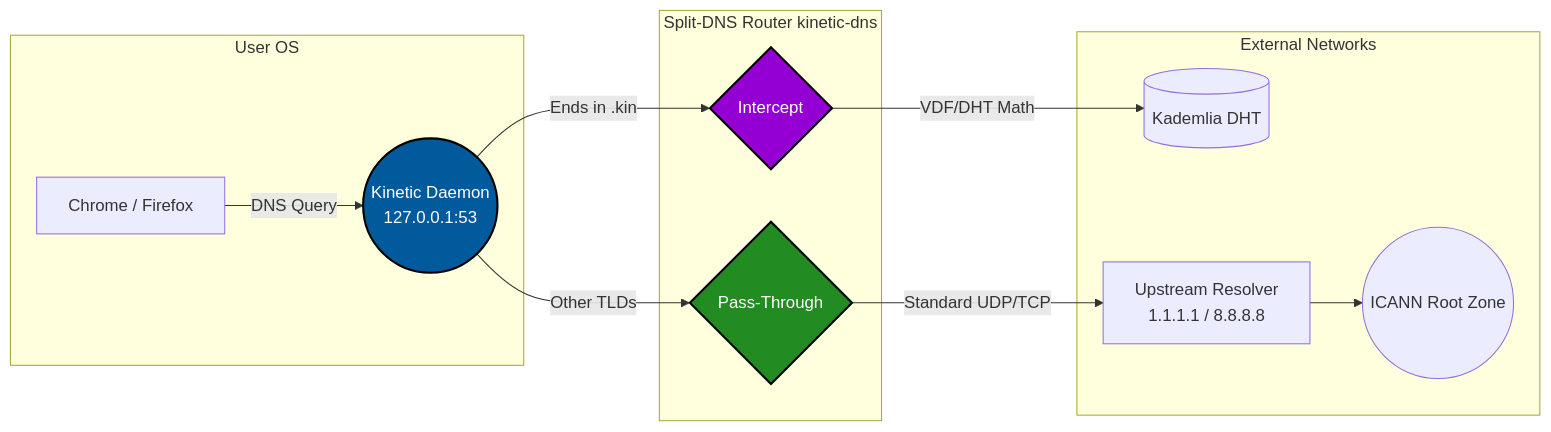
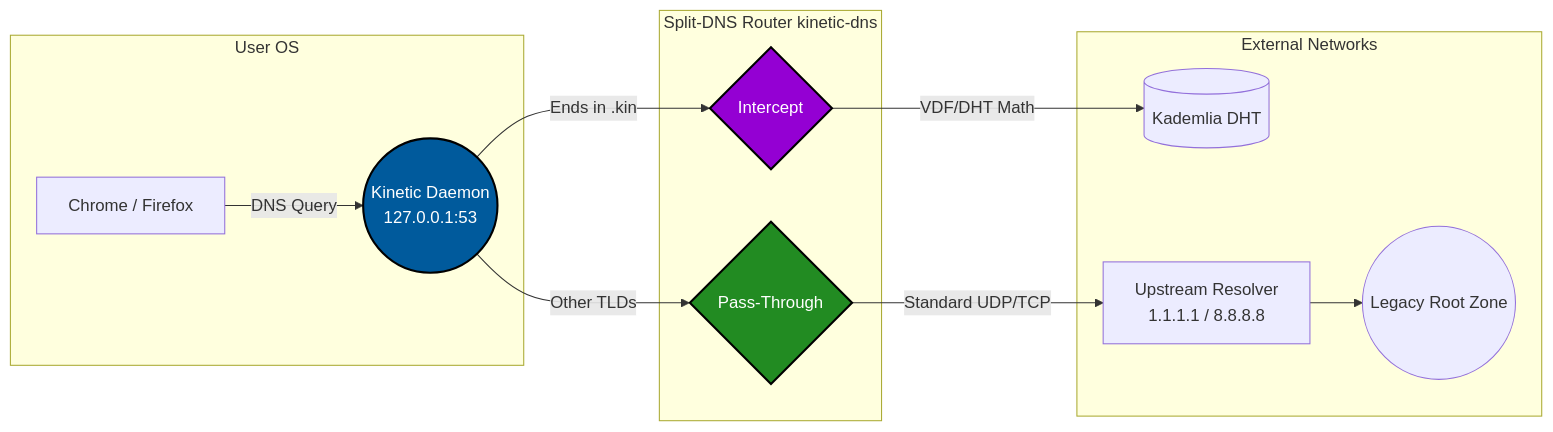
One commit to saifmukhtar/kinetic changed the diagram in docs/docs/dns_loopback.md. Above: the diagram before and after it, drawn with Mermaid. The commit also changed other lines of this file and 160 other files, not shown here.

````diff
--- a/docs/docs/dns_loopback.md
+++ b/docs/docs/dns_loopback.md
@@ -52,23 +52,23 @@
 ```mermaid
 graph LR
     subgraph User OS
         App[Chrome / Firefox]
         Daemon((Kinetic Daemon<br/>127.0.0.1:53))
         App -->|DNS Query| Daemon
     end
 
     subgraph Router [Split-DNS Router kinetic-dns]
         Daemon -->|Ends in .kin| Kin{Intercept}
         Daemon -->|Other TLDs| Pass{Pass-Through}
     end
 
     subgraph External Networks
         Kin -->|VDF/DHT Math| DHT[(Kademlia DHT)]
         Pass -->|Standard UDP/TCP| Upstream[Upstream Resolver<br/>1.1.1.1 / 8.8.8.8]
-        Upstream --> ICANN((ICANN Root Zone))
+        Upstream --> LegacyRoot((Legacy Root Zone))
     end
     
     style Daemon fill:#005A9C,stroke:#000,stroke-width:2px,color:#fff
     style Kin fill:#9400D3,stroke:#000,stroke-width:2px,color:#fff
     style Pass fill:#228B22,stroke:#000,stroke-width:2px,color:#fff
 ```
````
